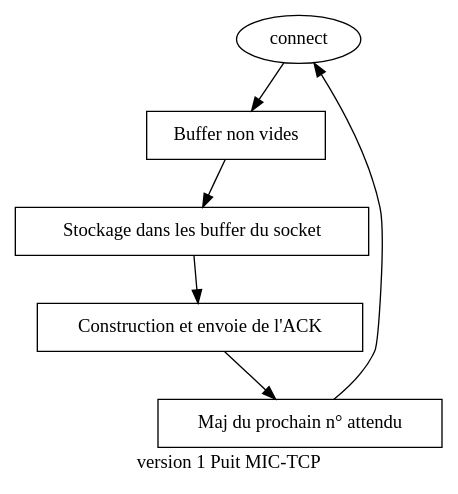
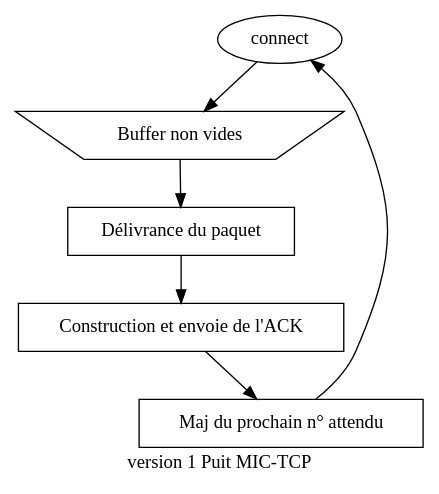
Before and after one commit to Rob174/BE-Reseau: the diagram in diagramme_a_etats/version1/puit_mictcp.dot, drawn with Graphviz. The commit also changed 3 other files, not shown here.

```diff
--- a/diagramme_a_etats/version1/puit_mictcp.dot
+++ b/diagramme_a_etats/version1/puit_mictcp.dot
@@ -1,10 +1,10 @@
 digraph G_MIC_TCP{
     label="version 1 Puit MIC-TCP";
 n0[label="connect", shape="ellipse"]
-n1[label="Buffer non vides", shape="invtrapeze"]
-n3[label="Stockage dans les buffer du socket",shape="rectangle"]
+n1[label="Buffer non vides", shape="invtrapezium"]
+n3[label="Délivrance du paquet",shape="rectangle"]
 n4[label="Construction et envoie de l'ACK",shape="rectangle"]
 n5[label="Maj du prochain n° attendu", shape="rectangle"]
 n0->n1->n3
 n3->n4->n5->n0
 }
```
